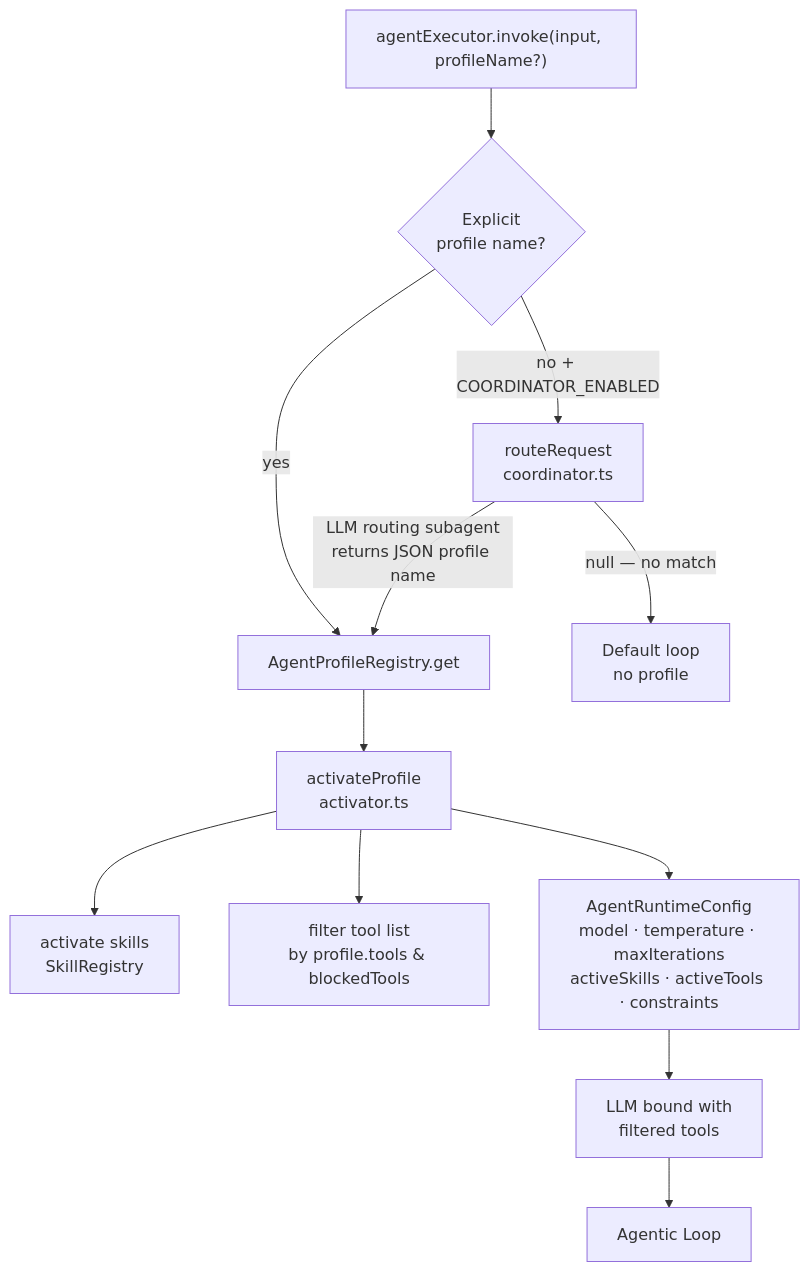
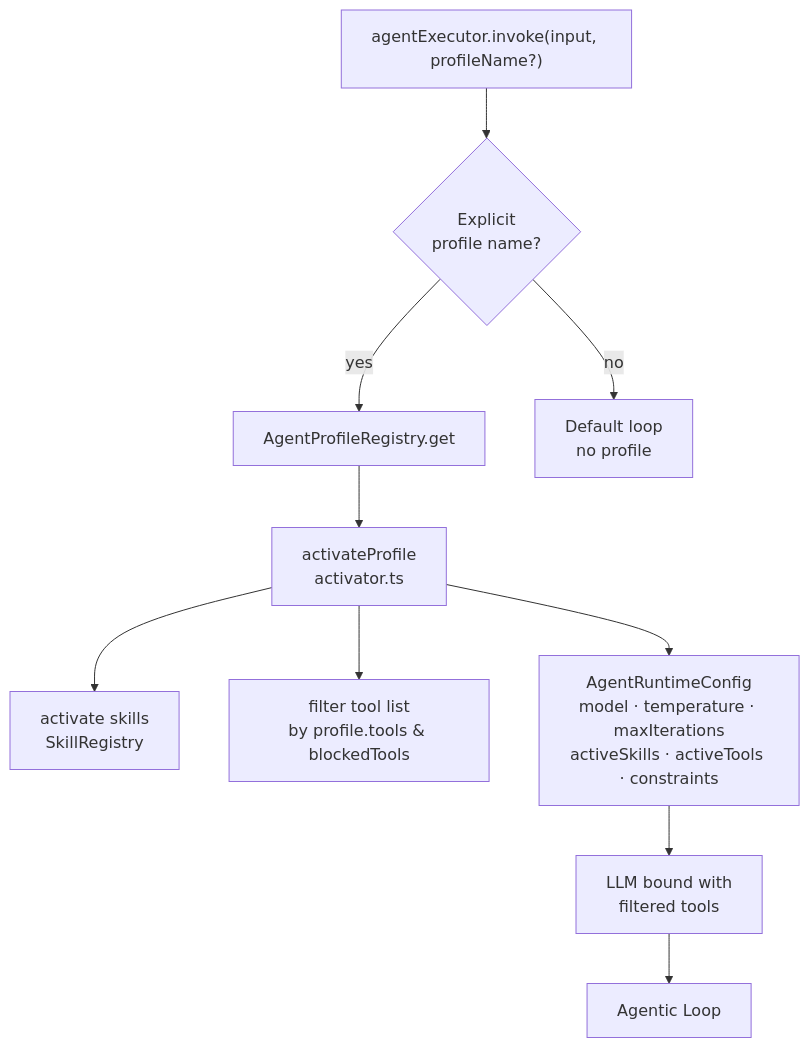
The fifth of 7 diagrams in docs/architecture.md (huberp/agentloop), drawn with Mermaid before and after one commit. The commit also changed other lines of this file and 26 other files, not shown here.

First line of the commit message:
refactor: remove orchestrator and subagent manager files; streamline execution flow

````diff
--- a/docs/architecture.md
+++ b/docs/architecture.md
@@ -156,14 +147,12 @@
 ```mermaid
 graph TD
     Invoke["agentExecutor.invoke(input, profileName?)"] --> HasProfile{Explicit<br>profile name?}
     HasProfile -->|yes| Registry[AgentProfileRegistry.get]
-    HasProfile -->|no + COORDINATOR_ENABLED| Router[routeRequest<br>coordinator.ts]
-    Router -->|LLM routing subagent<br>returns JSON profile name| Registry
-    Router -->|null — no match| DefaultLoop[Default loop<br>no profile]
+    HasProfile -->|no| DefaultLoop[Default loop<br>no profile]
     Registry --> Activate[activateProfile<br>activator.ts]
     Activate --> SkillReg[activate skills<br>SkillRegistry]
     Activate --> FilterTools[filter tool list<br>by profile.tools & blockedTools]
     Activate --> AgentRuntimeConfig[AgentRuntimeConfig<br>model · temperature · maxIterations<br>activeSkills · activeTools · constraints]
     AgentRuntimeConfig --> BoundLLM[LLM bound with<br>filtered tools]
     BoundLLM --> AgentLoop[Agentic Loop]
 ```
````
